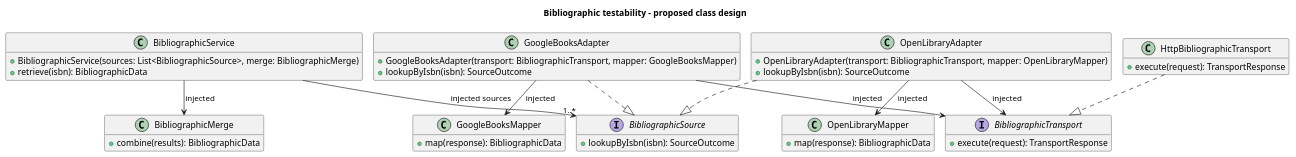
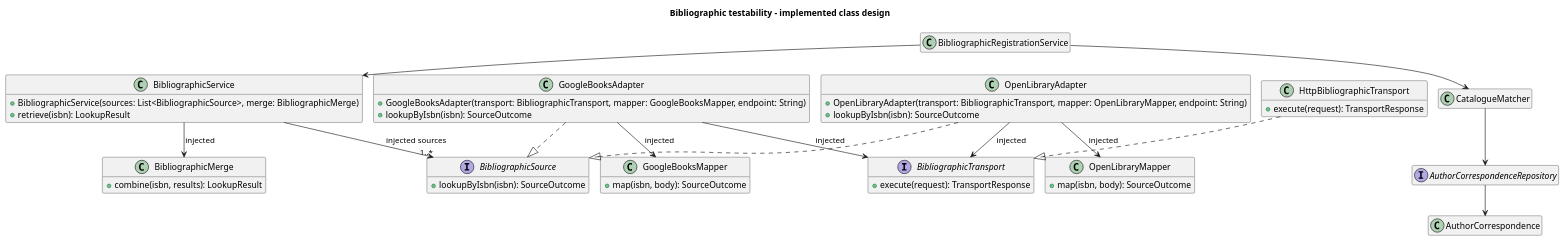
The diagram in Docs/DocsMasterDegree/system-to-be/Images/BibliographicTestabilityClasses.puml (Max1124/ARQSOFT_ODSOFT_G6), drawn with PlantUML before and after one commit. The commit also changed 55 other files, not shown here.

```diff
--- a/Docs/DocsMasterDegree/system-to-be/Images/BibliographicTestabilityClasses.puml
+++ b/Docs/DocsMasterDegree/system-to-be/Images/BibliographicTestabilityClasses.puml
@@ -1,46 +1,54 @@
 @startuml
 !pragma layout smetana
 skinparam shadowing false
 skinparam backgroundColor white
 hide empty members
-title Bibliographic testability - proposed class design
+title Bibliographic testability - implemented class design
 class BibliographicService {
  +BibliographicService(sources: List<BibliographicSource>, merge: BibliographicMerge)
- +retrieve(isbn): BibliographicData
+ +retrieve(isbn): LookupResult
 }
 interface BibliographicSource {
  +lookupByIsbn(isbn): SourceOutcome
 }
 class BibliographicMerge {
- +combine(results): BibliographicData
+ +combine(isbn, results): LookupResult
 }
 class GoogleBooksAdapter {
- +GoogleBooksAdapter(transport: BibliographicTransport, mapper: GoogleBooksMapper)
+ +GoogleBooksAdapter(transport: BibliographicTransport, mapper: GoogleBooksMapper, endpoint: String)
  +lookupByIsbn(isbn): SourceOutcome
 }
 class OpenLibraryAdapter {
- +OpenLibraryAdapter(transport: BibliographicTransport, mapper: OpenLibraryMapper)
+ +OpenLibraryAdapter(transport: BibliographicTransport, mapper: OpenLibraryMapper, endpoint: String)
  +lookupByIsbn(isbn): SourceOutcome
 }
 interface BibliographicTransport {
  +execute(request): TransportResponse
 }
 class HttpBibliographicTransport {
  +execute(request): TransportResponse
 }
 class GoogleBooksMapper {
- +map(response): BibliographicData
+ +map(isbn, body): SourceOutcome
 }
 class OpenLibraryMapper {
- +map(response): BibliographicData
+ +map(isbn, body): SourceOutcome
 }
 BibliographicService --> "1..*" BibliographicSource : injected sources
 BibliographicService --> BibliographicMerge : injected
 GoogleBooksAdapter ..|> BibliographicSource
 OpenLibraryAdapter ..|> BibliographicSource
 GoogleBooksAdapter --> BibliographicTransport : injected
 OpenLibraryAdapter --> BibliographicTransport : injected
 GoogleBooksAdapter --> GoogleBooksMapper : injected
 OpenLibraryAdapter --> OpenLibraryMapper : injected
 HttpBibliographicTransport ..|> BibliographicTransport
+class BibliographicRegistrationService
+class CatalogueMatcher
+class AuthorCorrespondence
+interface AuthorCorrespondenceRepository
+BibliographicRegistrationService --> BibliographicService
+BibliographicRegistrationService --> CatalogueMatcher
+CatalogueMatcher --> AuthorCorrespondenceRepository
+AuthorCorrespondenceRepository --> AuthorCorrespondence
 @enduml
```
